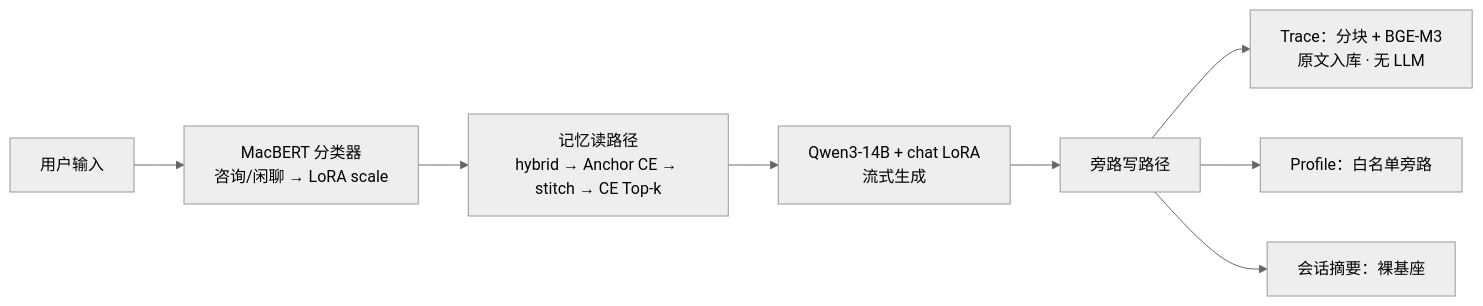
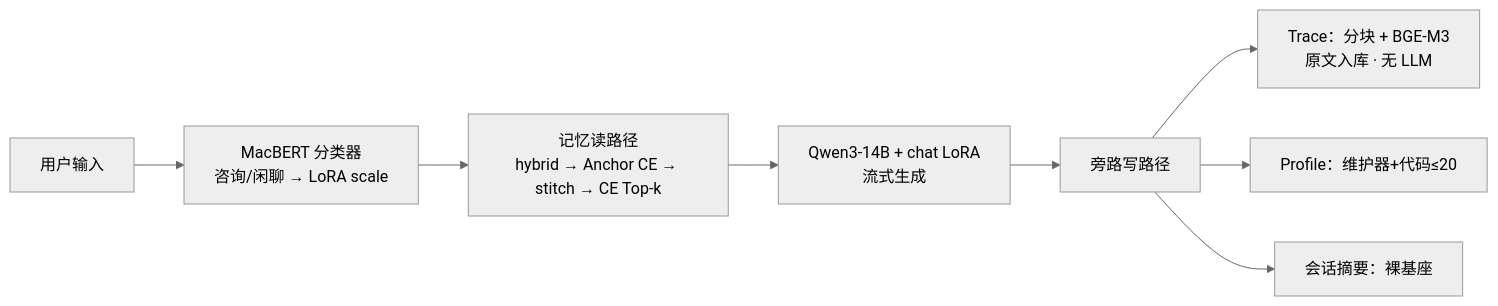
One commit to Hi-Zachary/Soulharbor changed the diagram in 项目文档/02_项目大纲与架构.md. Above: the diagram before and after it, drawn with Mermaid (neutral theme). The commit also changed other lines of this file and 28 other files, not shown here.

````diff
--- a/项目文档/02_项目大纲与架构.md
+++ b/项目文档/02_项目大纲与架构.md
@@ -49,10 +49,10 @@
 ```mermaid
 flowchart LR
   U[用户输入] --> C[MacBERT 分类器<br/>咨询/闲聊 → LoRA scale]
   C --> R[记忆读路径<br/>hybrid → Anchor CE → stitch → CE Top-k]
   R --> G[Qwen3-14B + chat LoRA<br/>流式生成]
   G --> W[旁路写路径]
   W --> T[Trace：分块 + BGE-M3<br/>原文入库 · 无 LLM]
-  W --> P[Profile：白名单旁路]
+  W --> P[Profile：维护器+代码≤20]
   W --> S[会话摘要：裸基座]
 ```
````
